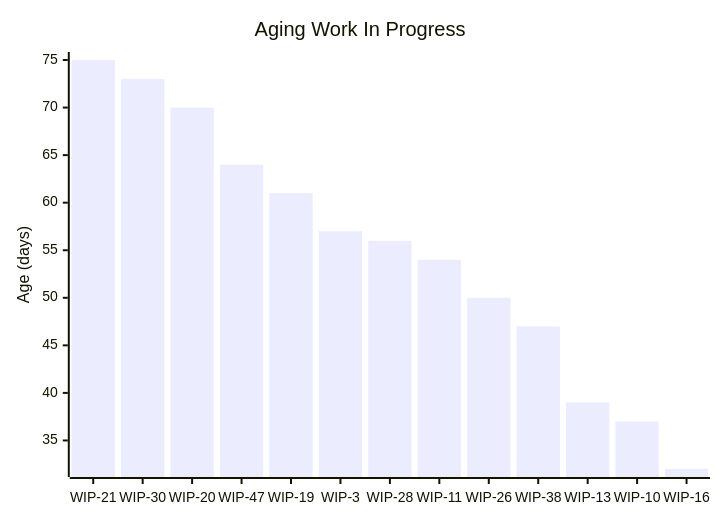
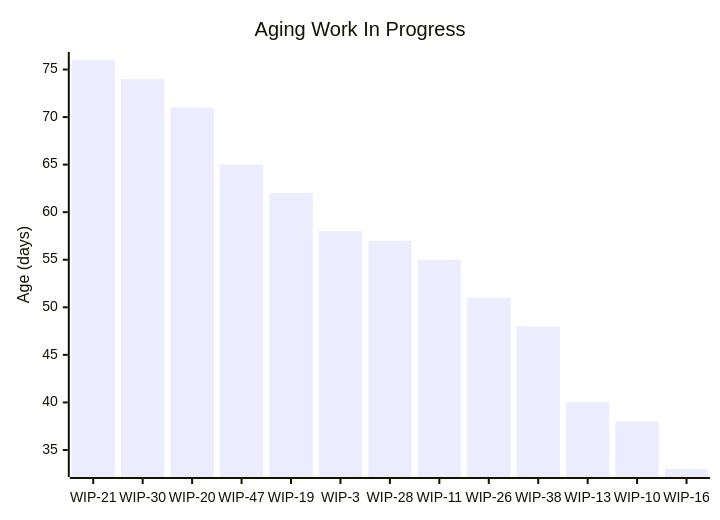
Before and after one commit to cbroult/predictability-engine: the first of 5 diagrams in data/samples/reports/sample_data_large/types/Task.md, drawn with Mermaid. The commit also changed other lines of this file and 72 other files, not shown here.

````diff
--- a/data/samples/reports/sample_data_large/types/Task.md
+++ b/data/samples/reports/sample_data_large/types/Task.md
@@ -30,7 +30,7 @@
 ```mermaid
 xychart-beta
     title "Aging Work In Progress"
     x-axis ["WIP-21", "WIP-30", "WIP-20", "WIP-47", "WIP-19", "WIP-3", "WIP-28", "WIP-11", "WIP-26", "WIP-38", "WIP-13", "WIP-10", "WIP-16"]
     y-axis "Age (days)"
-    bar "Age" [75, 73, 70, 64, 61, 57, 56, 54, 50, 47, 39, 37, 32]
+    bar "Age" [76, 74, 71, 65, 62, 58, 57, 55, 51, 48, 40, 38, 33]
 ```
````
